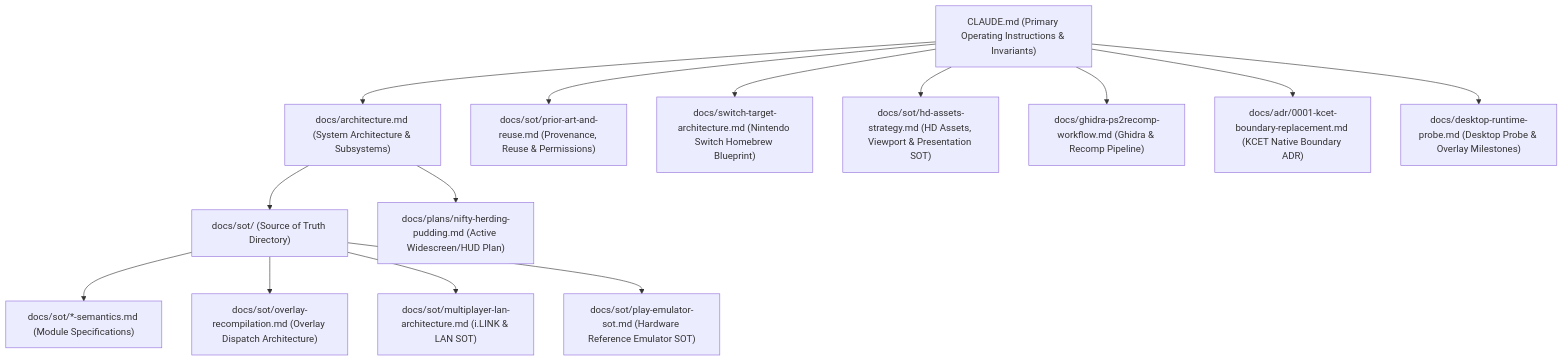
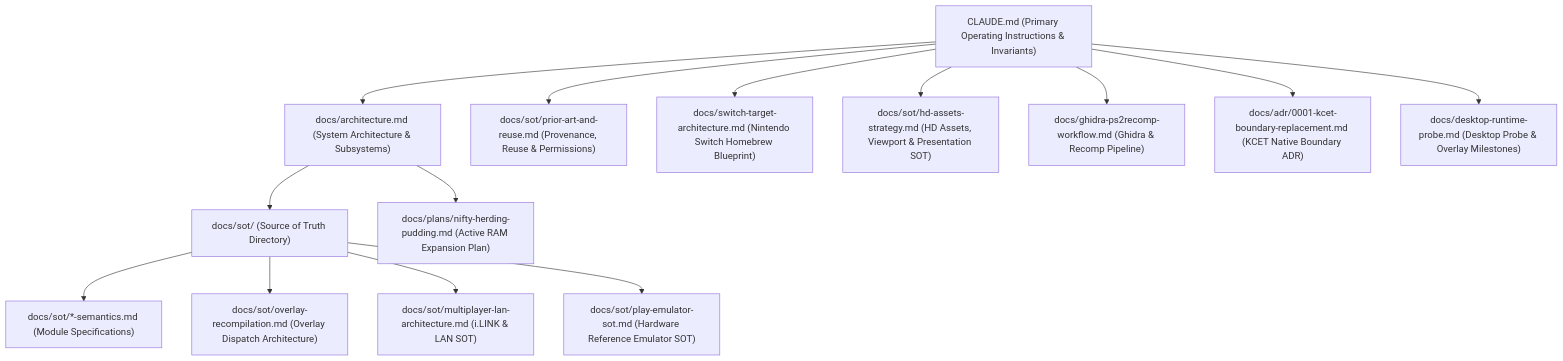
One commit to samuelcaldas/aoe2-ps2-recomp changed the diagram in docs/README.md. Above: the diagram before and after it, drawn with Mermaid. The commit also changed other lines of this file and 8 other files, not shown here.

````diff
--- a/docs/README.md
+++ b/docs/README.md
@@ -9,18 +9,18 @@
 ```mermaid
 flowchart TD
     ROOT["CLAUDE.md (Primary Operating Instructions & Invariants)"] --> ARCH["docs/architecture.md (System Architecture & Subsystems)"]
     ROOT --> SOT_PRIOR["docs/sot/prior-art-and-reuse.md (Provenance, Reuse & Permissions)"]
     ROOT --> SWITCH["docs/switch-target-architecture.md (Nintendo Switch Homebrew Blueprint)"]
     ROOT --> HD_STRAT["docs/sot/hd-assets-strategy.md (HD Assets, Viewport & Presentation SOT)"]
     ROOT --> WORKFLOW["docs/ghidra-ps2recomp-workflow.md (Ghidra & Recomp Pipeline)"]
     ROOT --> ADR["docs/adr/0001-kcet-boundary-replacement.md (KCET Native Boundary ADR)"]
     ROOT --> PROBE["docs/desktop-runtime-probe.md (Desktop Probe & Overlay Milestones)"]
 
     ARCH --> SOT_INDEX["docs/sot/ (Source of Truth Directory)"]
     SOT_INDEX --> SOT_SEMANTICS["docs/sot/*-semantics.md (Module Specifications)"]
     SOT_INDEX --> SOT_OVERLAY["docs/sot/overlay-recompilation.md (Overlay Dispatch Architecture)"]
     SOT_INDEX --> SOT_LAN["docs/sot/multiplayer-lan-architecture.md (i.LINK & LAN SOT)"]
     SOT_INDEX --> SOT_PLAY["docs/sot/play-emulator-sot.md (Hardware Reference Emulator SOT)"]
 
-    ARCH --> ACTIVE_PLAN["docs/plans/nifty-herding-pudding.md (Active Widescreen/HUD Plan)"]
+    ARCH --> ACTIVE_PLAN["docs/plans/nifty-herding-pudding.md (Active RAM Expansion Plan)"]
 ```
````
